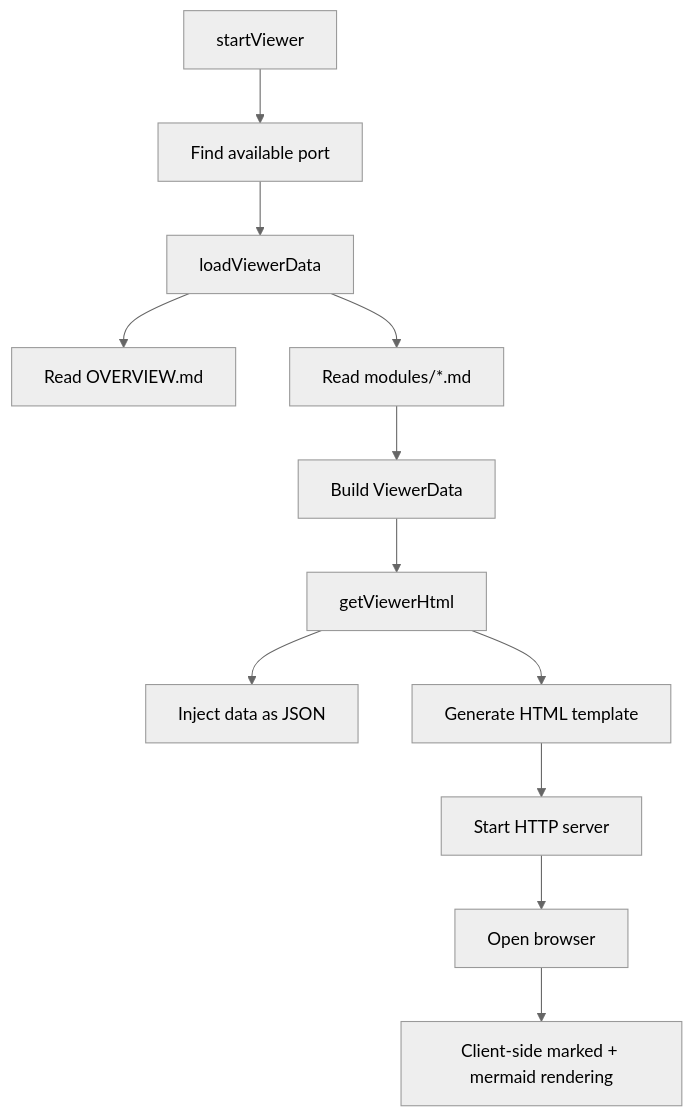
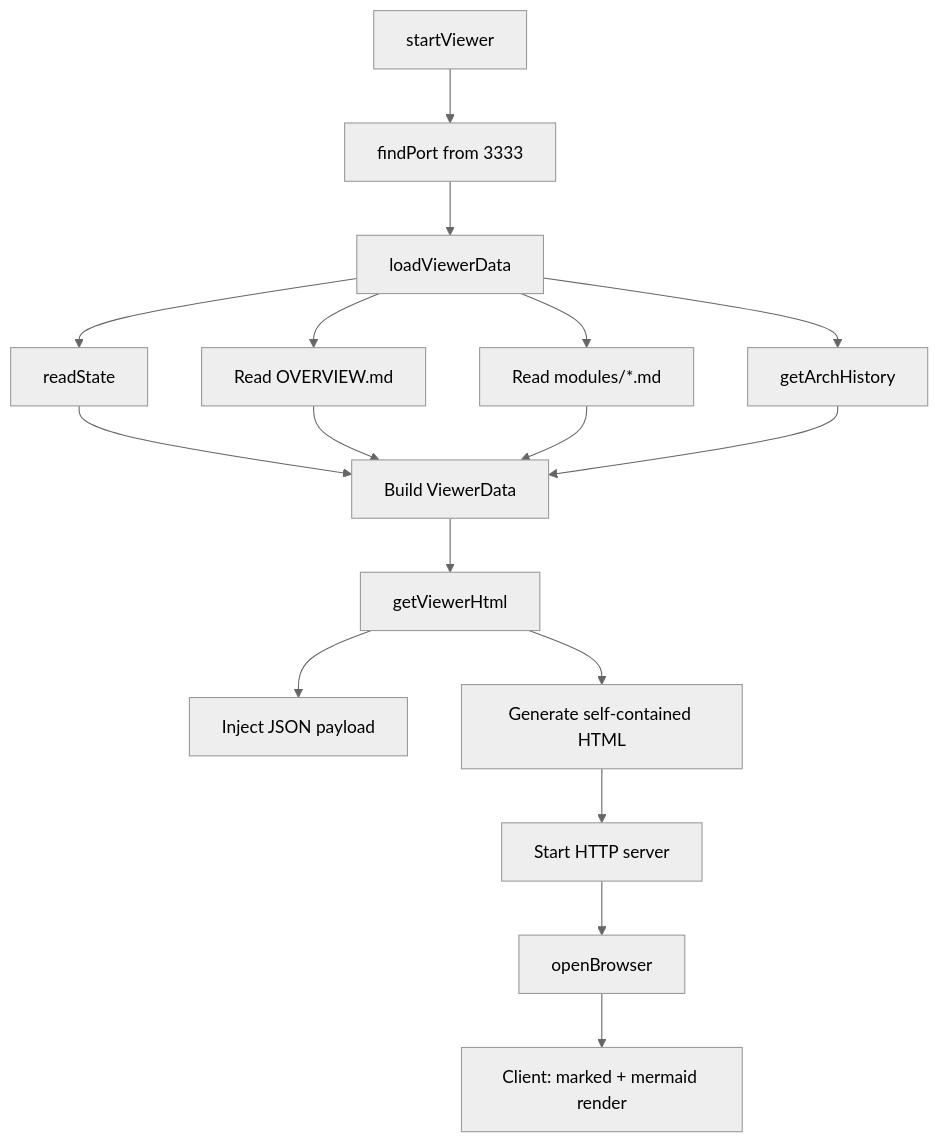
One commit to sergical/repo-architect changed the diagram in docs/architecture/modules/local-viewer.md. Above: the diagram before and after it, drawn with Mermaid (neutral theme). The commit also changed other lines of this file and 8 other files, not shown here.

First line of the commit message:
Update architecture docs and fix model name in cost estimation

````diff
--- a/docs/architecture/modules/local-viewer.md
+++ b/docs/architecture/modules/local-viewer.md
@@ -18,14 +20,16 @@
 ```mermaid
 flowchart TD
-    Start[startViewer] --> FindPort[Find available port]
-    FindPort --> Load[loadViewerData]
-    Load --> ReadOverview[Read OVERVIEW.md]
-    Load --> ReadModules[Read modules/*.md]
-    ReadModules --> BuildData[Build ViewerData]
-    BuildData --> Render[getViewerHtml]
-    Render --> Inject[Inject data as JSON]
-    Render --> Template[Generate HTML template]
-    Template --> Server[Start HTTP server]
-    Server --> Browser[Open browser]
-    Browser --> ClientRender[Client-side marked + mermaid rendering]
+    A[startViewer] --> B[findPort from 3333]
+    B --> C[loadViewerData]
+    C --> D[readState]
+    C --> E[Read OVERVIEW.md]
+    C --> F[Read modules/*.md]
+    C --> G[getArchHistory]
+    D & E & F & G --> H[Build ViewerData]
+    H --> I[getViewerHtml]
+    I --> J[Inject JSON payload]
+    I --> K[Generate self-contained HTML]
+    K --> L[Start HTTP server]
+    L --> M[openBrowser]
+    M --> N[Client: marked + mermaid render]
 ```
````
